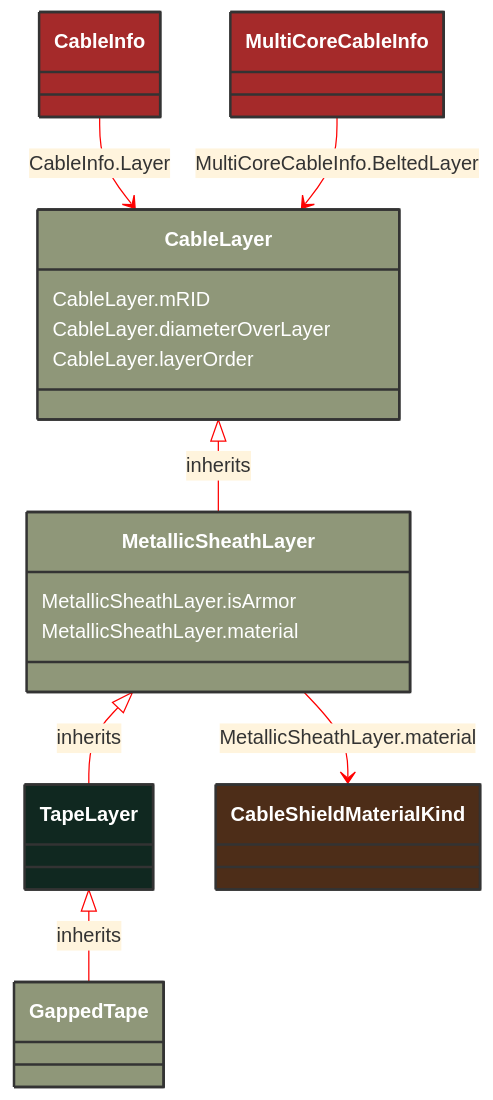
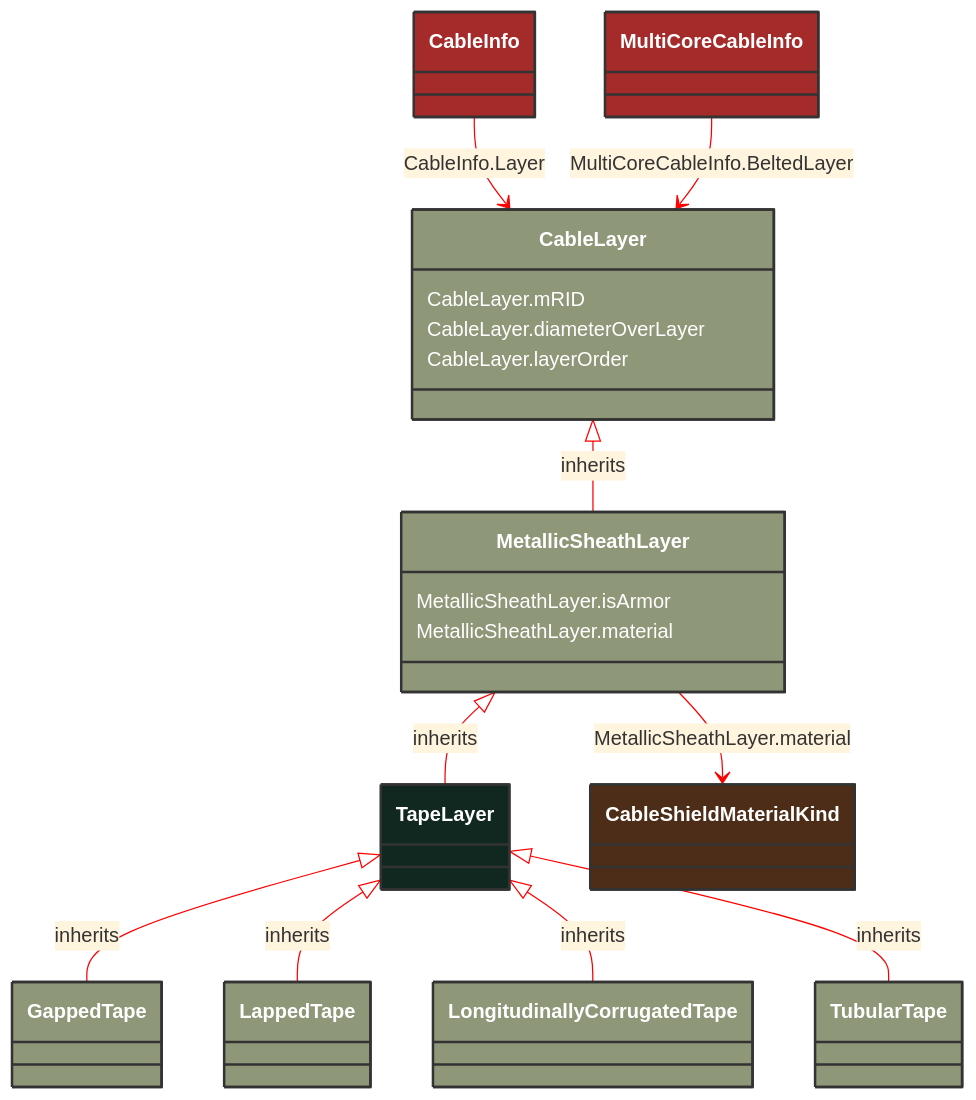
Before and after one commit to 3lbits/NoCIMExtensions: the diagram in docs/Models/Profiles/SubseaCableInfo/ConcreteClasses/TapeLayer.md, drawn with Mermaid. The commit also changed 63 other files, not shown here.

````diff
--- a/docs/Models/Profiles/SubseaCableInfo/ConcreteClasses/TapeLayer.md
+++ b/docs/Models/Profiles/SubseaCableInfo/ConcreteClasses/TapeLayer.md
@@ -8,46 +8,64 @@
 ```mermaid
 %%{init: {'theme':'base','themeVariables': {'lineColor': '#FF0000'}}}%%
 classDiagram
     class TapeLayer
     click TapeLayer href "/Models/Profiles/SubseaCableInfo/ConcreteClasses/TapeLayer/"
     style TapeLayer fill:#102820,stroke:#333,stroke-width:2px,rx:10,ry:10,color:white
 
         TapeLayer <|-- GappedTape : inherits
 
         GappedTape
             click GappedTape href "/Models/Profiles/SubseaCableInfo/ConcreteClasses/GappedTape/"
             style GappedTape fill:#8F9779,stroke:#333,stroke-width:2px,rx:10,ry:10,color:white
+
+        TapeLayer <|-- LappedTape : inherits
+
+        LappedTape
+            click LappedTape href "/Models/Profiles/SubseaCableInfo/ConcreteClasses/LappedTape/"
+            style LappedTape fill:#8F9779,stroke:#333,stroke-width:2px,rx:10,ry:10,color:white
+
+        TapeLayer <|-- LongitudinallyCorrugatedTape : inherits
+
+        LongitudinallyCorrugatedTape
+            click LongitudinallyCorrugatedTape href "/Models/Profiles/SubseaCableInfo/ConcreteClasses/LongitudinallyCorrugatedTape/"
+            style LongitudinallyCorrugatedTape fill:#8F9779,stroke:#333,stroke-width:2px,rx:10,ry:10,color:white
+
+        TapeLayer <|-- TubularTape : inherits
+
+        TubularTape
+            click TubularTape href "/Models/Profiles/SubseaCableInfo/ConcreteClasses/TubularTape/"
+            style TubularTape fill:#8F9779,stroke:#333,stroke-width:2px,rx:10,ry:10,color:white
      
         MetallicSheathLayer <|-- TapeLayer : inherits
             click MetallicSheathLayer href "/Models/Profiles/SubseaCableInfo/ConcreteClasses/MetallicSheathLayer/"
             style MetallicSheathLayer fill:#8F9779,stroke:#333,stroke-width:2px,rx:10,ry:10,color:white
      
         CableLayer <|-- MetallicSheathLayer : inherits
             click CableLayer href "/Models/Profiles/SubseaCableInfo/AbstractClasses/CableLayer/"
             style CableLayer fill:#8F9779,stroke:#333,stroke-width:2px,rx:10,ry:10,color:white
 
 
         CableInfo --> CableLayer : CableInfo.Layer
 
         CableInfo
             click CableInfo href "/Models/Profiles/SubseaCableInfo/ConcreteClasses/CableInfo/"
             style CableInfo fill:#A52A2A,stroke:#333,stroke-width:2px,rx:10,ry:10,color:white
 
         MultiCoreCableInfo --> CableLayer : MultiCoreCableInfo.BeltedLayer
 
         MultiCoreCableInfo
             click MultiCoreCableInfo href "/Models/Profiles/SubseaCableInfo/ConcreteClasses/MultiCoreCableInfo/"
             style MultiCoreCableInfo fill:#A52A2A,stroke:#333,stroke-width:2px,rx:10,ry:10,color:white
 
         MetallicSheathLayer --> CableShieldMaterialKind : MetallicSheathLayer.material
 
         CableShieldMaterialKind
             click CableShieldMaterialKind href "/Models/Profiles/SubseaCableInfo/Enumerations/CableShieldMaterialKind/"
             style CableShieldMaterialKind fill:#4D2D18,stroke:#333,stroke-width:2px,rx:10,ry:10,color:white
 
         MetallicSheathLayer : MetallicSheathLayer.isArmor
         MetallicSheathLayer : MetallicSheathLayer.material
         CableLayer : CableLayer.mRID
         CableLayer : CableLayer.diameterOverLayer
         CableLayer : CableLayer.layerOrder
 ```
````
